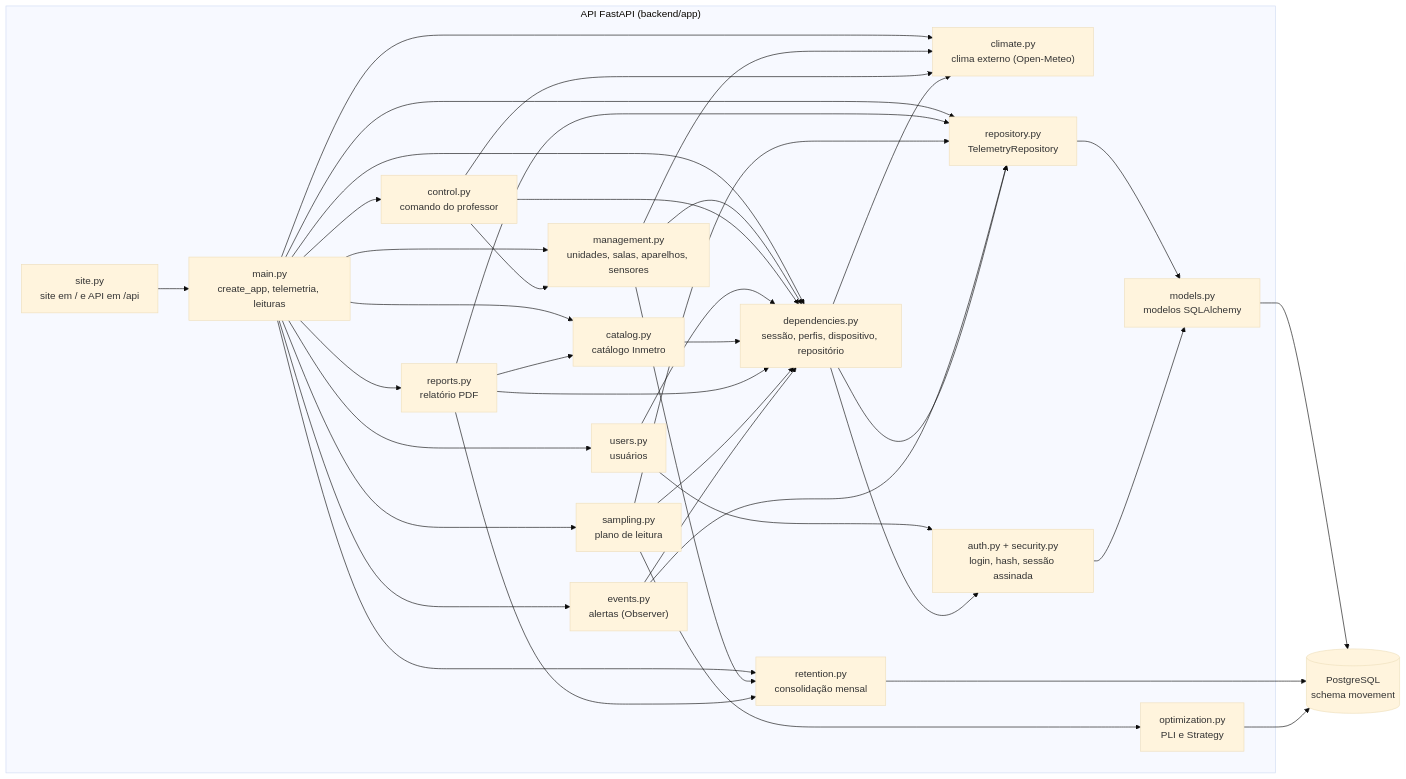
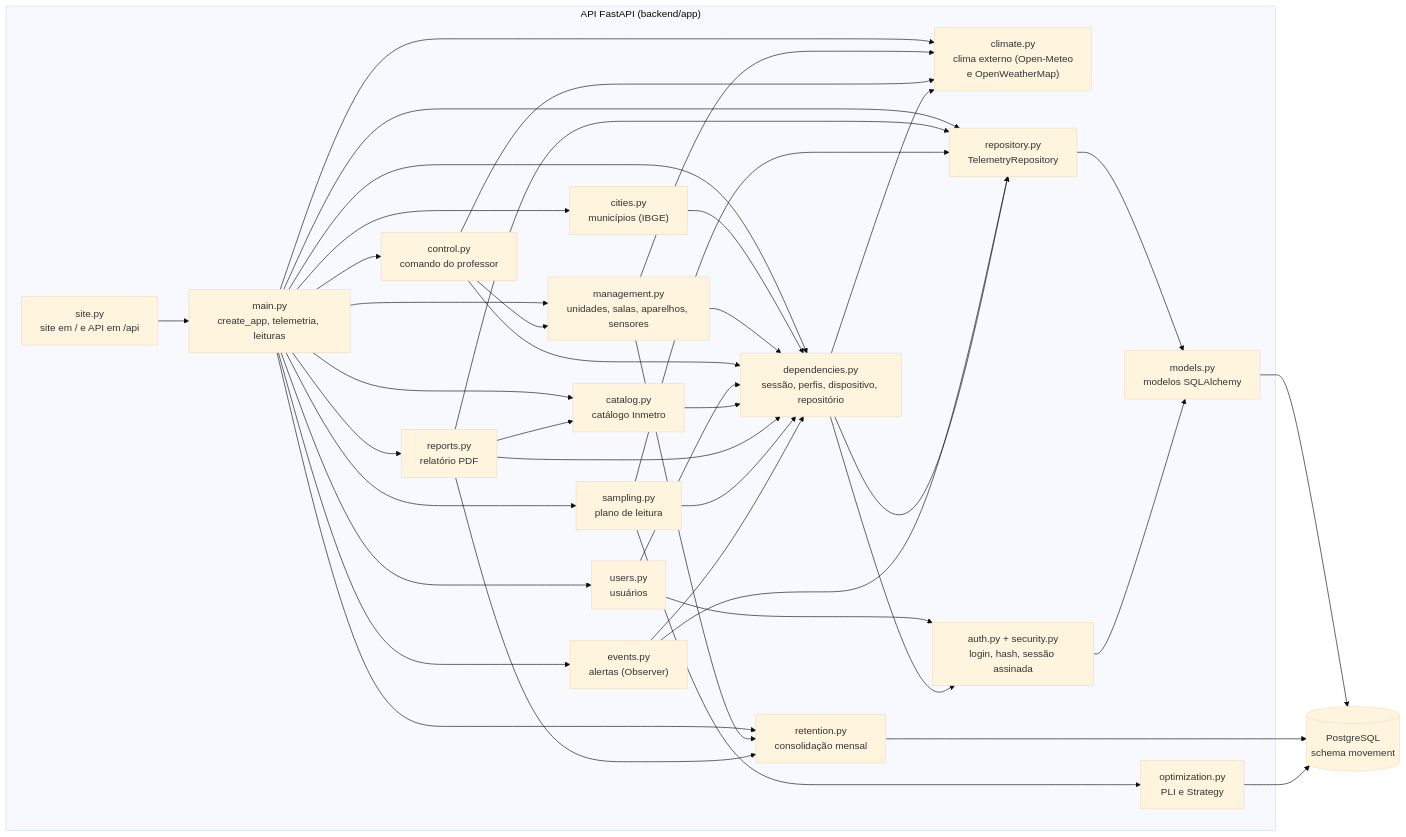
The third of 5 diagrams in docs/arquitetura.md (expotech2026-2/Projeto-Movement-2.0), drawn with Mermaid (base theme) before and after one commit. The commit also changed other lines of this file and 12 other files, not shown here.

First line of the commit message:
feat: OpenWeatherMap como reserva do clima externo

````diff
--- a/docs/arquitetura.md
+++ b/docs/arquitetura.md
@@ -75,38 +83,40 @@
 ```mermaid
 flowchart LR
   subgraph API["API FastAPI (backend/app)"]
     site["site.py<br/>site em / e API em /api"]
     main["main.py<br/>create_app, telemetria, leituras"]
     mgmt["management.py<br/>unidades, salas, aparelhos, sensores"]
     users["users.py<br/>usuários"]
     catalog["catalog.py<br/>catálogo Inmetro"]
     reports["reports.py<br/>relatório PDF"]
     sampling["sampling.py<br/>plano de leitura"]
     events["events.py<br/>alertas (Observer)"]
     control["control.py<br/>comando do professor"]
-    climate["climate.py<br/>clima externo (Open-Meteo)"]
+    climate["climate.py<br/>clima externo (Open-Meteo<br/>e OpenWeatherMap)"]
+    cities["cities.py<br/>municípios (IBGE)"]
     deps["dependencies.py<br/>sessão, perfis, dispositivo, repositório"]
     auth["auth.py + security.py<br/>login, hash, sessão assinada"]
     repo["repository.py<br/>TelemetryRepository"]
     retention["retention.py<br/>consolidação mensal"]
     opt["optimization.py<br/>PLI e Strategy"]
     models["models.py<br/>modelos SQLAlchemy"]
   end
   db[("PostgreSQL<br/>schema movement")]
   site --> main
-  main --> mgmt & users & catalog & reports & sampling & events & control
+  main --> mgmt & users & catalog & reports & sampling & events & control & cities
   main --> deps & repo & retention & climate
+  cities --> deps
   mgmt --> deps & retention & climate
   control --> deps & mgmt & climate
   users --> deps & auth
   catalog --> deps
   reports --> deps & repo & retention & catalog
   sampling --> deps & opt & repo
   events --> deps & repo
   deps --> auth & repo & climate
   repo --> models
   auth --> models
   models --> db
   retention --> db
   opt --> db
 ```
````
